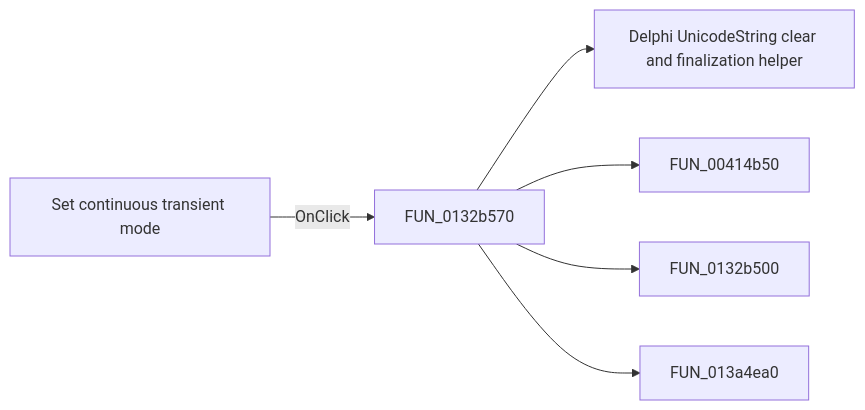
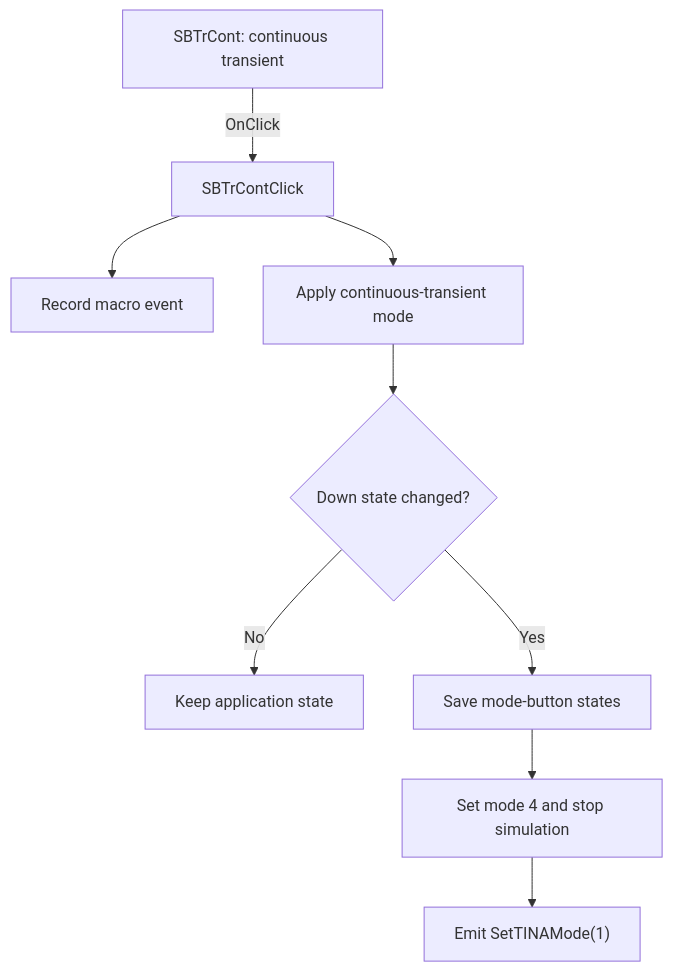
Before and after one commit to MovGP0/TIARA: the diagram in docs/ui-controls/simtimedlg/sbtrcont-670135ee27.md, drawn with Mermaid. The commit also changed other lines of this file and 1062 other files, not shown here.

````diff
--- a/docs/ui-controls/simtimedlg/sbtrcont-670135ee27.md
+++ b/docs/ui-controls/simtimedlg/sbtrcont-670135ee27.md
@@ -27,8 +29,11 @@
 ```mermaid
-flowchart LR
-    control["Set continuous transient mode"] -->|OnClick| handler["FUN_0132b570"]
-    handler --> call1["Delphi UnicodeString clear and finalization helper"]
-    handler --> call2["FUN_00414b50"]
-    handler --> call3["FUN_0132b500"]
-    handler --> call4["FUN_013a4ea0"]
+flowchart TD
+    control["SBTrCont: continuous transient"] -->|OnClick| handler["SBTrContClick"]
+    handler --> macro["Record macro event"]
+    handler --> mode["Apply continuous-transient mode"]
+    mode --> changed{"Down state changed?"}
+    changed -->|No| unchanged["Keep application state"]
+    changed -->|Yes| snapshot["Save mode-button states"]
+    snapshot --> stop["Set mode 4 and stop simulation"]
+    stop --> appMode["Emit SetTINAMode(1)"]
 ```
````
